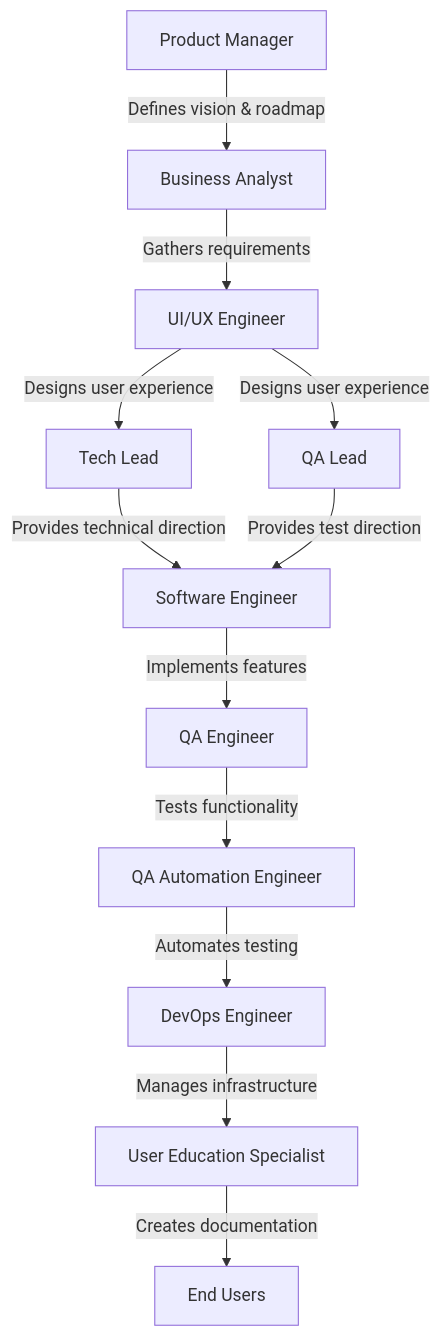
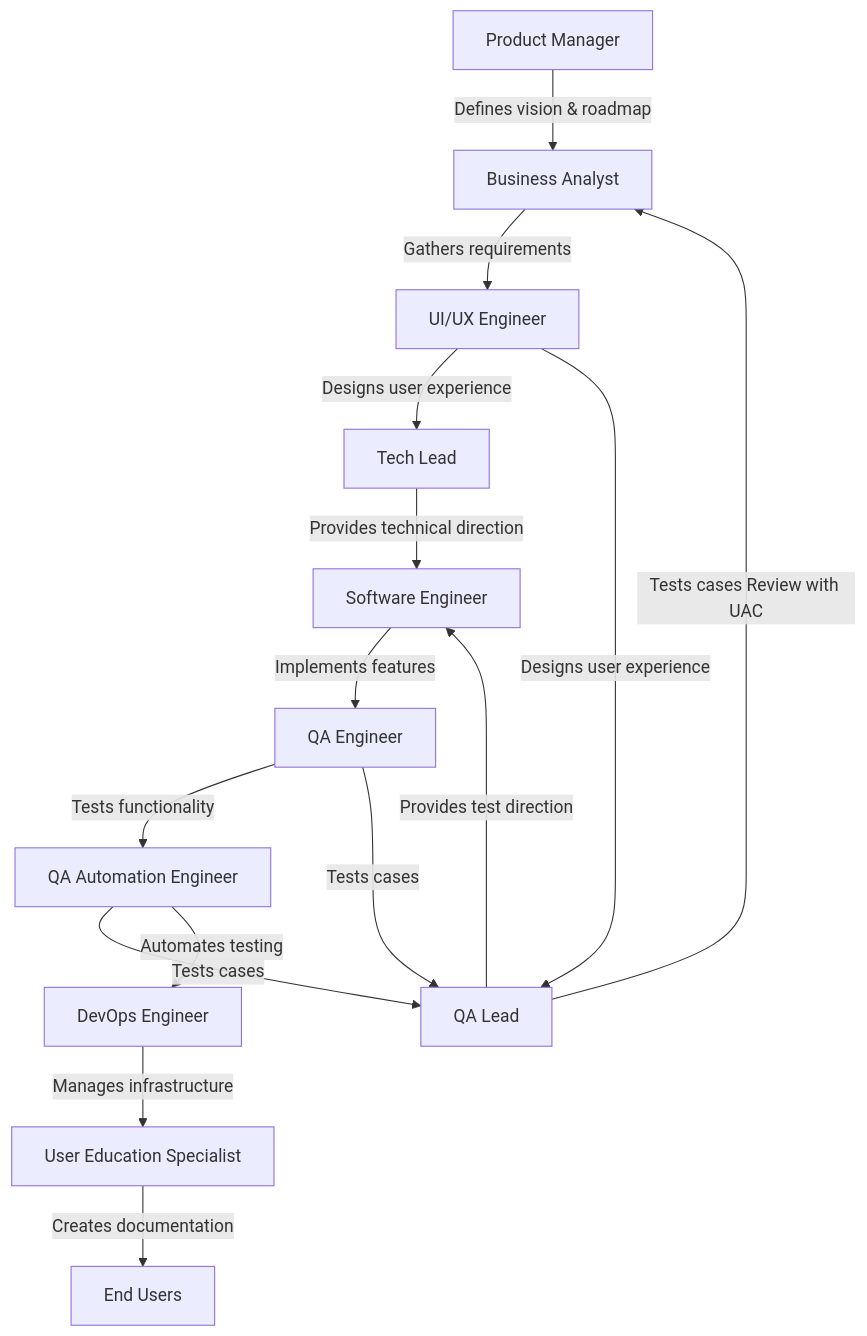
The second of 2 diagrams in InterviewQuestionsAnswers/SDLC/README.md (utpal-maiti/utpal-maiti), drawn with Mermaid before and after one commit.

````diff
--- a/InterviewQuestionsAnswers/SDLC/README.md
+++ b/InterviewQuestionsAnswers/SDLC/README.md
@@ -170,14 +170,17 @@
 ```mermaid
 flowchart TD
     A[Product Manager]              -->|Defines vision & roadmap    | B[Business Analyst]
     B[Business Analyst]             -->|Gathers requirements        | C[UI/UX Engineer]
     C[UI/UX Engineer]               -->|Designs user experience     | D[Tech Lead]
     C[UI/UX Engineer]               -->|Designs user experience     | K[QA Lead]
     D[Tech Lead]                    -->|Provides technical direction| E[Software Engineer]
     K[QA Lead]                      -->|Provides test direction     | E[Software Engineer]
+    K[QA Lead]                      -->|Tests cases Review with UAC     | B[Business Analyst]
     E[Software Engineer]            -->|Implements features         | F[QA Engineer]
     F[QA Engineer]                  -->|Tests functionality         | G[QA Automation Engineer]
+    F[QA Engineer]                  -->|Tests cases                 | K[QA Lead]
+    G[QA Automation Engineer]       -->|Tests cases                 | K[QA Lead]
     G[QA Automation Engineer]       -->|Automates testing           | H[DevOps Engineer]
     H[DevOps Engineer]              -->|Manages infrastructure      | I[User Education Specialist]
     I[User Education Specialist]    -->|Creates documentation       | J[End Users]
 ```
````
